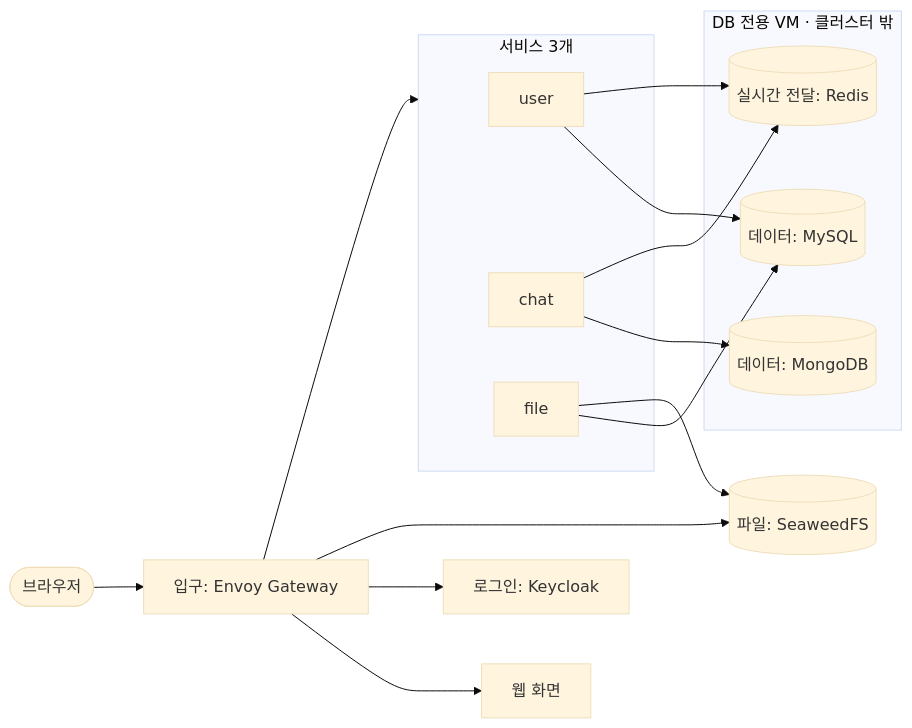
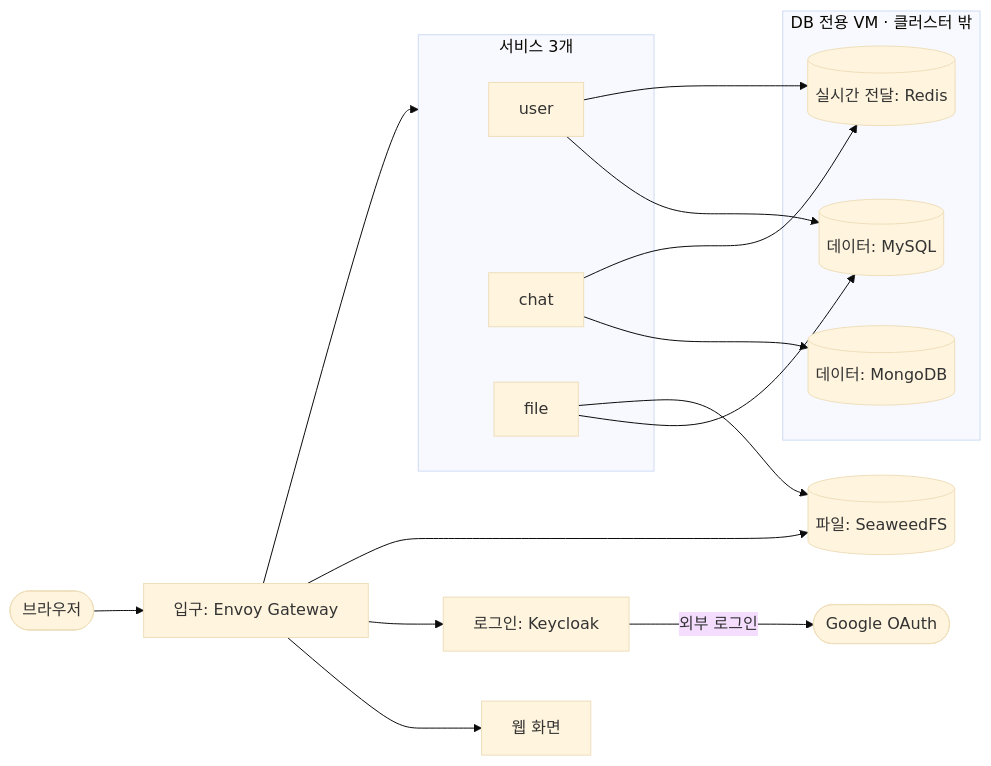
The second of 4 diagrams in docs/architecture.md (ktcloud-cloudnative-2026/team03-HelloCloud), drawn with Mermaid (base theme) before and after one commit. The commit also changed other lines of this file and 4 other files, not shown here.

````diff
--- a/docs/architecture.md
+++ b/docs/architecture.md
@@ -22,22 +23,23 @@
 ```mermaid
 flowchart LR
   subgraph apps[서비스 3개]
     us[user]
     cs[chat]
     fs[file]
   end
   subgraph dbvm[DB 전용 VM · 클러스터 밖]
     my[(데이터: MySQL)]
     mg[(데이터: MongoDB)]
     rd[(실시간 전달: Redis)]
   end
   user([브라우저]) --> gw[입구: Envoy Gateway]
   gw --> web[웹 화면]
   gw --> kc[로그인: Keycloak]
+  kc -->|외부 로그인| gg([Google OAuth])
   gw --> apps
   gw --> sw[(파일: SeaweedFS)]
   us & fs --> my
   cs --> mg
   us & cs --> rd
   fs --> sw
 ```
````
